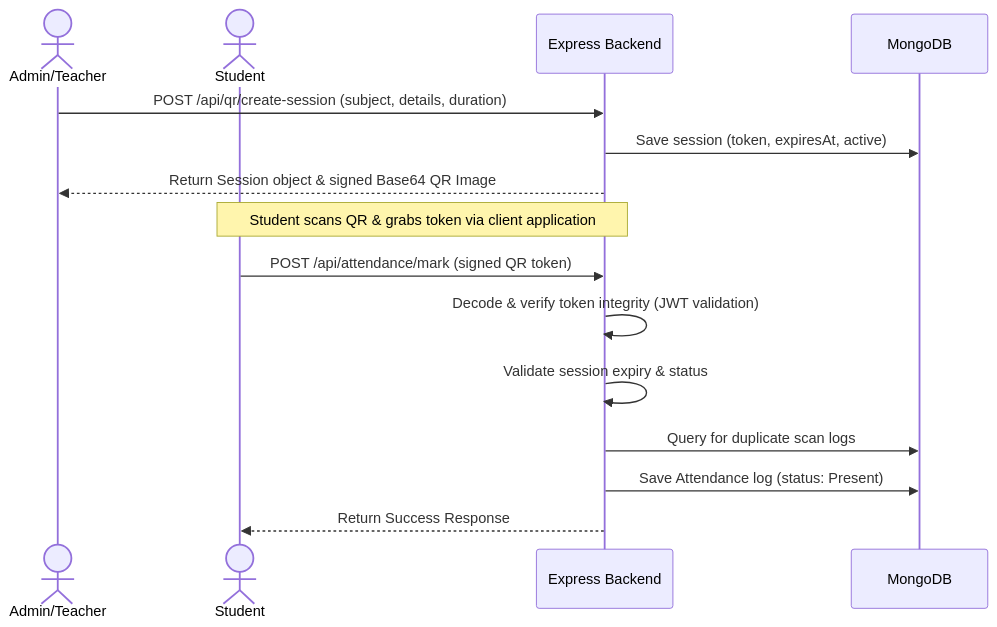
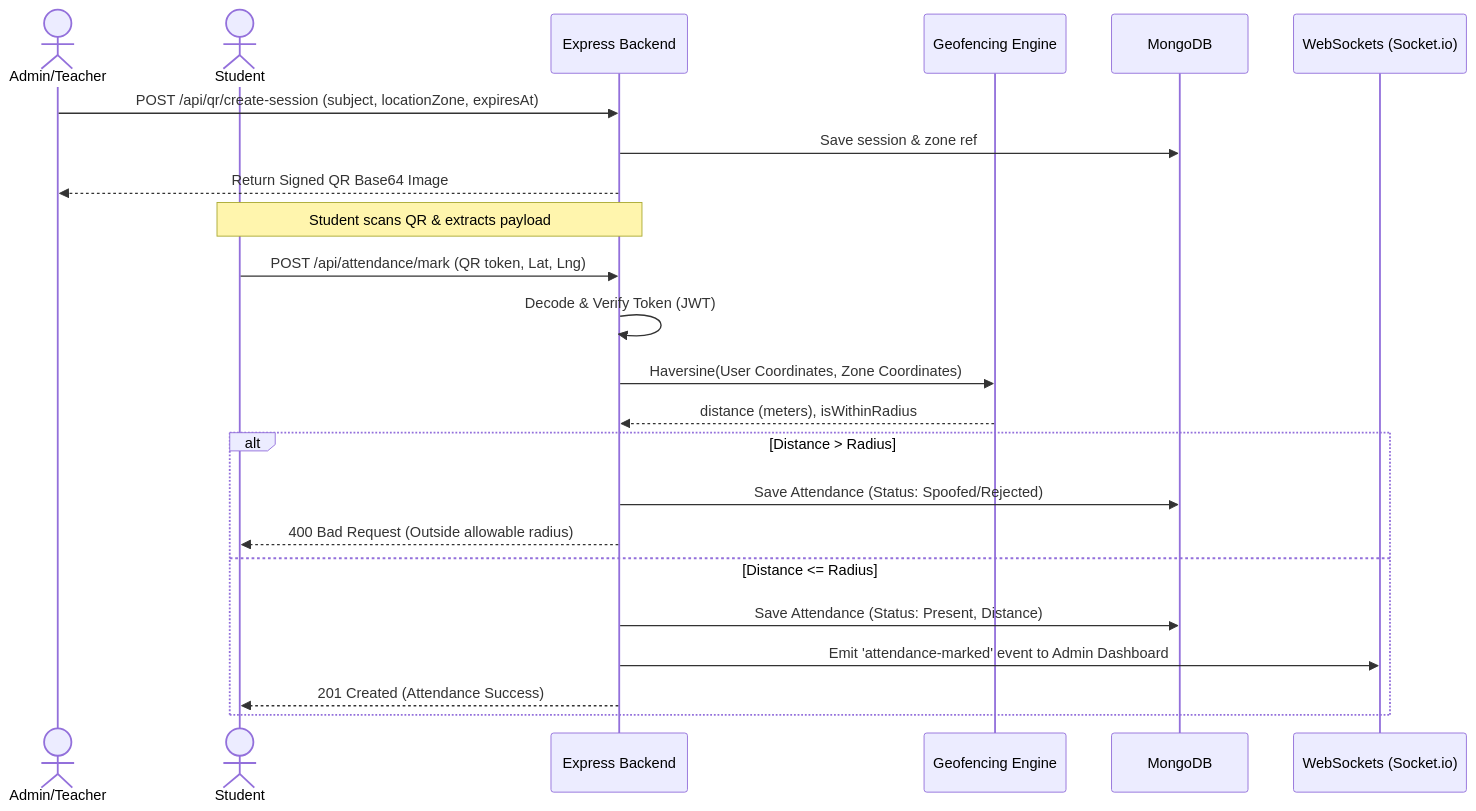
The diagram in README.md (Ishitagarg1602/Smart-Attendance-System-with-QR-GPS-Verification), drawn with Mermaid before and after one commit. The commit also changed other lines of this file and 21 other files, not shown here.

Commit message:
feat: Deliver Phase 2 with GPS, Sockets, and Aggregation Dashboard

````diff
--- a/README.md
+++ b/README.md
@@ -15,20 +16,29 @@
 ```mermaid
 sequenceDiagram
     actor Admin/Teacher
     actor Student
     participant Backend as Express Backend
+    participant GPS as Geofencing Engine
     participant DB as MongoDB
+    participant Socket as WebSockets (Socket.io)
     
-    Admin/Teacher->>Backend: POST /api/qr/create-session (subject, details, duration)
-    Backend->>DB: Save session (token, expiresAt, active)
-    Backend-->>Admin/Teacher: Return Session object & signed Base64 QR Image
+    Admin/Teacher->>Backend: POST /api/qr/create-session (subject, locationZone, expiresAt)
+    Backend->>DB: Save session & zone ref
+    Backend-->>Admin/Teacher: Return Signed QR Base64 Image
     
-    Note over Student, Backend: Student scans QR & grabs token via client application
+    Note over Student, Backend: Student scans QR & extracts payload
     
-    Student->>Backend: POST /api/attendance/mark (signed QR token)
-    Backend->>Backend: Decode & verify token integrity (JWT validation)
-    Backend->>Backend: Validate session expiry & status
-    Backend->>DB: Query for duplicate scan logs
-    Backend->>DB: Save Attendance log (status: Present)
-    Backend-->>Student: Return Success Response
+    Student->>Backend: POST /api/attendance/mark (QR token, Lat, Lng)
+    Backend->>Backend: Decode & Verify Token (JWT)
+    Backend->>GPS: Haversine(User Coordinates, Zone Coordinates)
+    GPS-->>Backend: distance (meters), isWithinRadius
+    
+    alt Distance > Radius
+        Backend->>DB: Save Attendance (Status: Spoofed/Rejected)
+        Backend-->>Student: 400 Bad Request (Outside allowable radius)
+    else Distance <= Radius
+        Backend->>DB: Save Attendance (Status: Present, Distance)
+        Backend->>Socket: Emit 'attendance-marked' event to Admin Dashboard
+        Backend-->>Student: 201 Created (Attendance Success)
+    end
 ```
````
